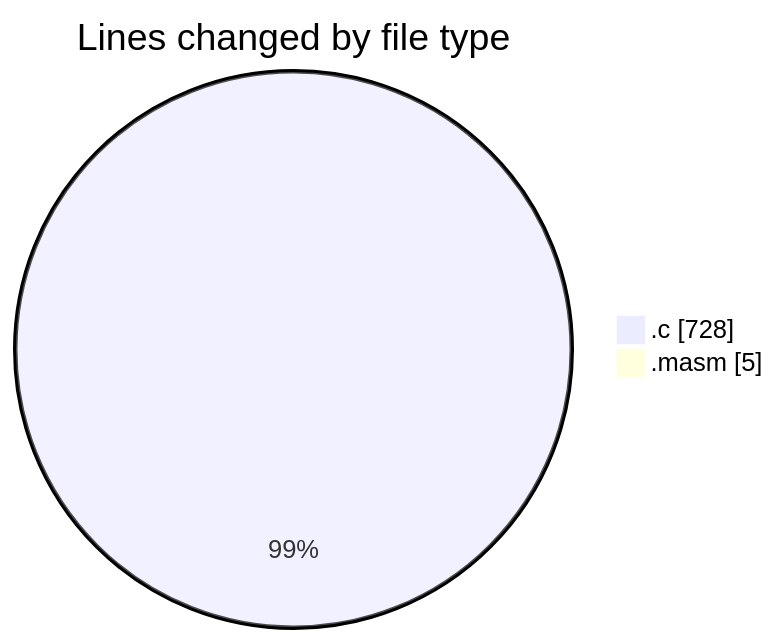
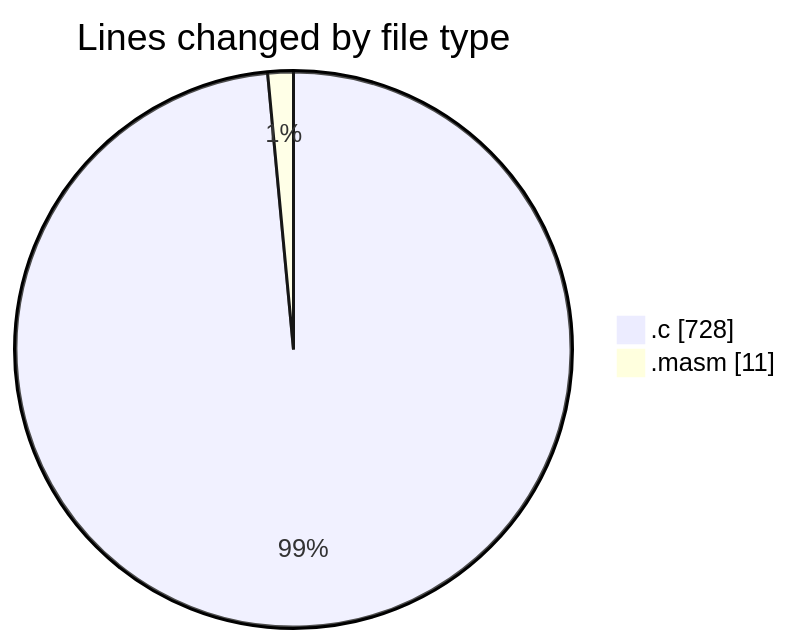
The first of 2 diagrams in 2025-01-28/cmasm/README.md (charlie-sans/code-tracking), drawn with Mermaid before and after one commit. The commit also changed other lines of this file and 1 other file, not shown here.

````diff
--- a/2025-01-28/cmasm/README.md
+++ b/2025-01-28/cmasm/README.md
@@ -22,6 +22,6 @@
 ```mermaid
 pie showData
 title Lines changed by file type
 ".c" : 728
-".masm" : 5
+".masm" : 11
 ```
````
